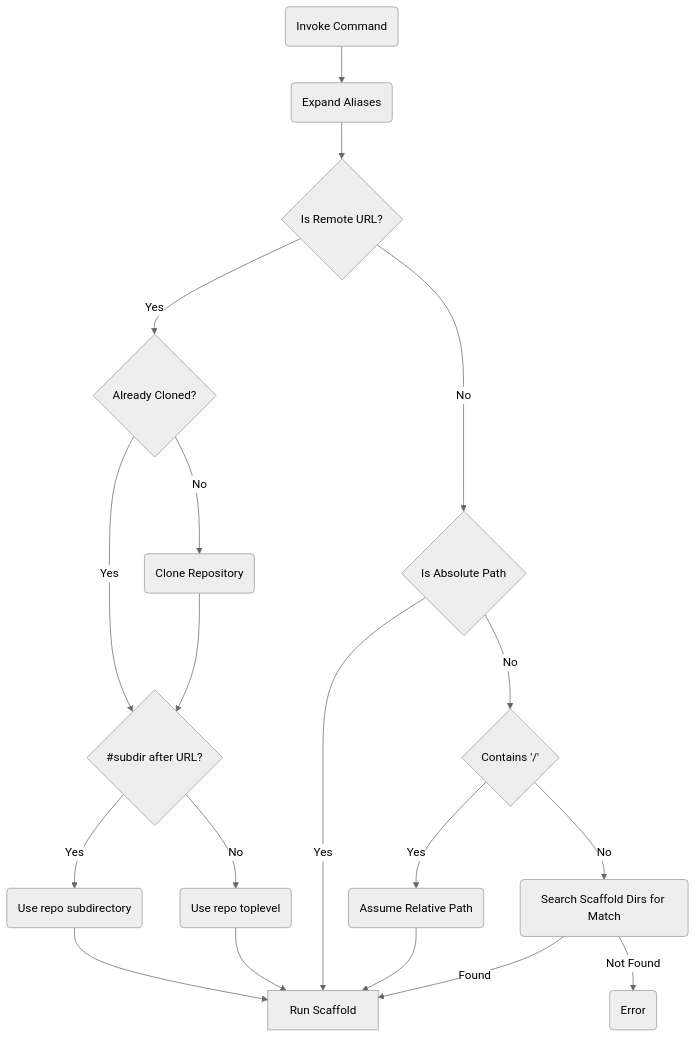
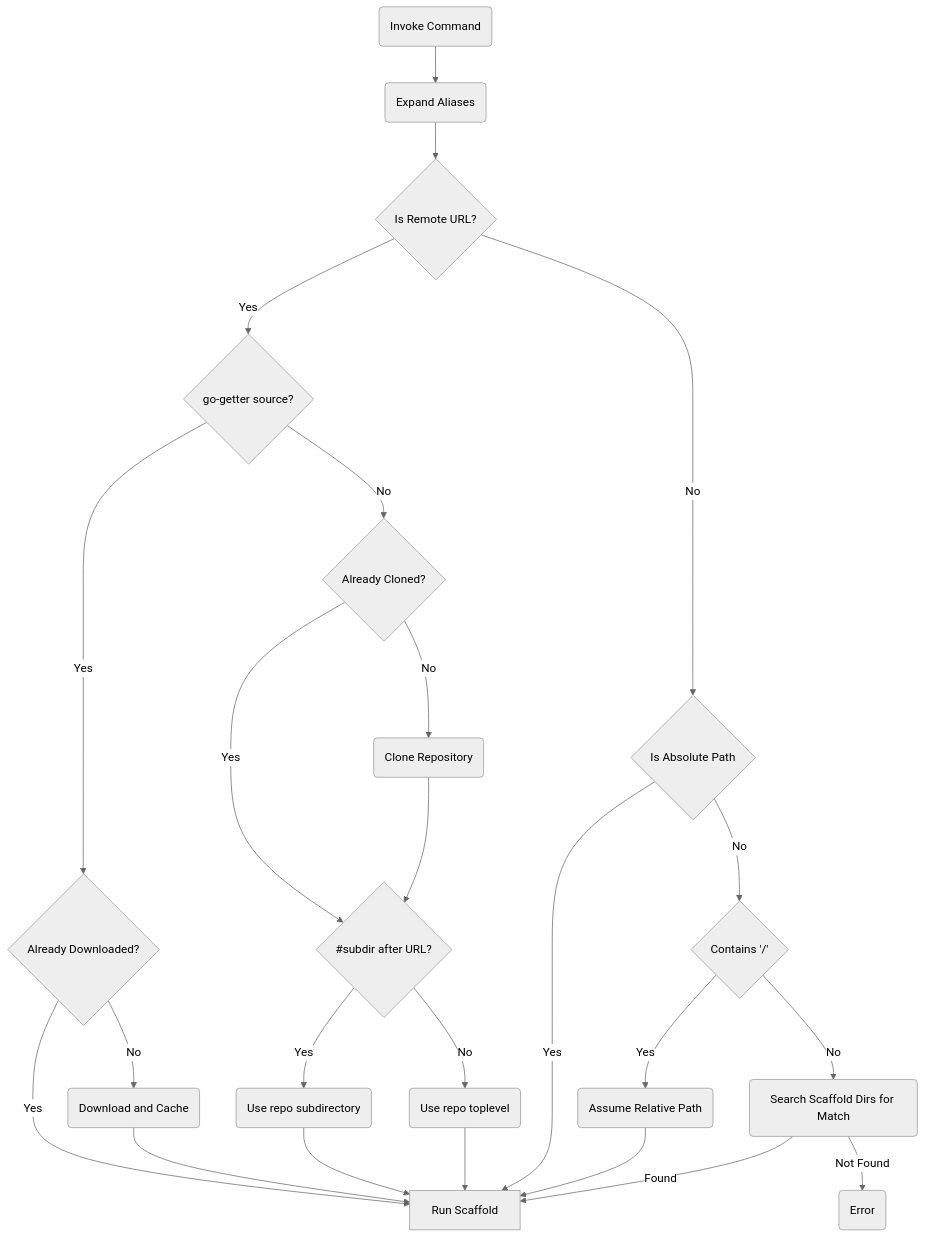
The diagram in docs/docs/advanced/scaffold-resolution.md (hay-kot/scaffold), drawn with Mermaid (neutral theme) before and after one commit. The commit also changed other lines of this file and 8 other files, not shown here.

````diff
--- a/docs/docs/advanced/scaffold-resolution.md
+++ b/docs/docs/advanced/scaffold-resolution.md
@@ -23,30 +48,35 @@
 ```mermaid
 graph TD;
   A(Invoke Command) --> B(Expand Aliases);
   B --> C{Is Remote URL?}
-  C --> |Yes| D{Already Cloned?};
+  C --> |Yes| K{go-getter source?};
+  K --> |Yes| L{Already Downloaded?};
+  L --> |Yes| Z;
+  L --> |No| M(Download and Cache);
+  M --> Z;
+  K --> |No| D{Already Cloned?};
   D --> |Yes| repo_subdir_choice;
   D --> |No| E(Clone Repository);
   E --> repo_subdir_choice;
 
   repo_subdir_choice{#subdir after URL?}
 
   repo_subdir_choice --> |Yes| use_repo_subdir(Use repo subdirectory)
   repo_subdir_choice --> |No| use_repo_toplevel(Use repo toplevel)
 
   use_repo_subdir --> Z
   use_repo_toplevel --> Z
 
   C --> |No| F{Is Absolute Path};
   F --> |Yes| Z;
 
   F --> |No| G{Contains '/'};
   G --> |Yes| H(Assume Relative Path);
   H --> Z;
 
   G --> |No| I(Search Scaffold Dirs for Match);
   I --> |Found| Z;
   I --> |Not Found| J(Error);
 
   Z[Run Scaffold];
 ```
````
